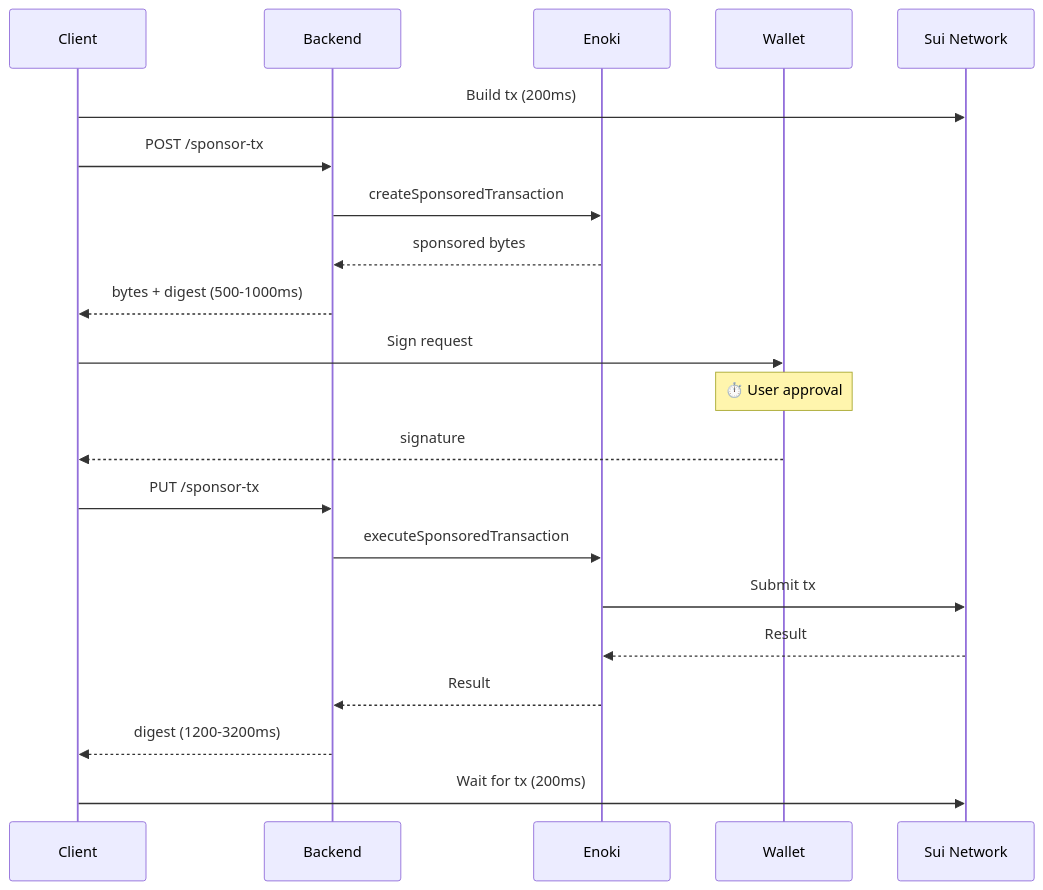
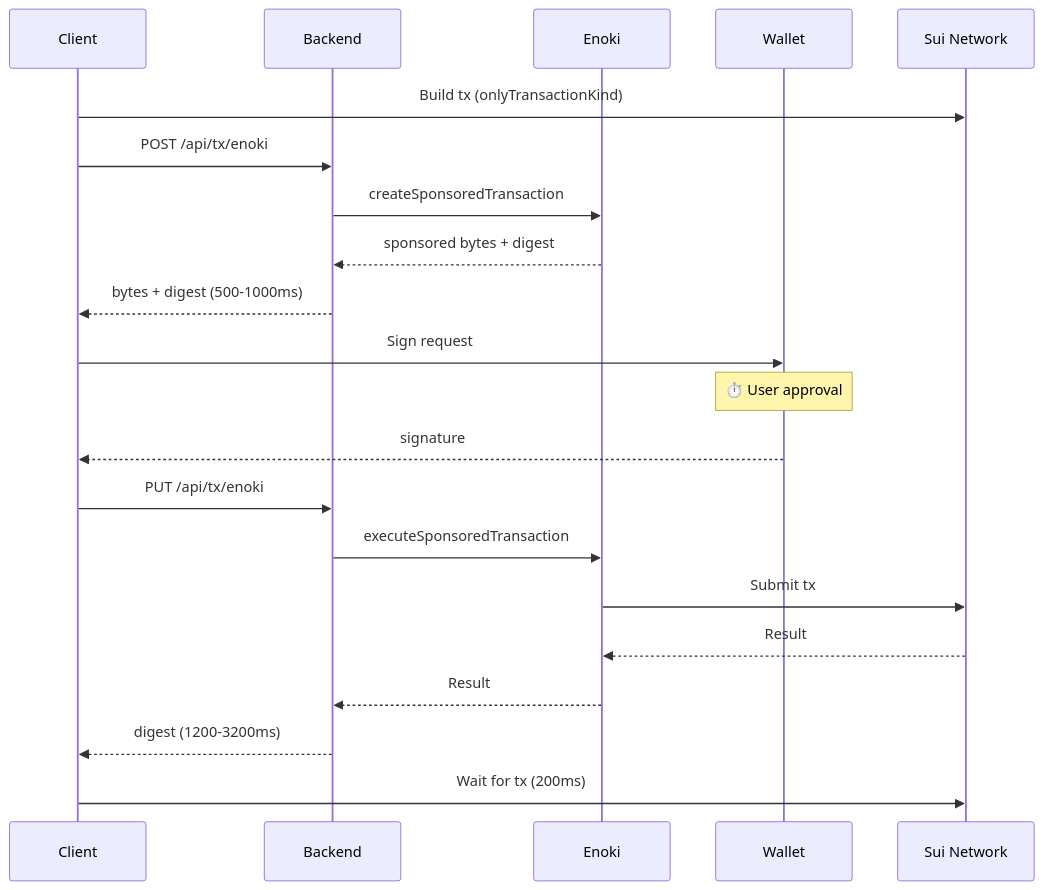
One commit to fuyutarow/counters changed the second of 3 diagrams in sui/docs/sponsored-transaction.md. Above: the diagram before and after it, drawn with Mermaid. The commit also changed other lines of this file and 2 other files, not shown here.

Commit message:
feat: enhance self-sponsored transaction handling and validation for pre-allocated coins

````diff
--- a/sui/docs/sponsored-transaction.md
+++ b/sui/docs/sponsored-transaction.md
@@ -80,27 +118,27 @@
 ```mermaid
 sequenceDiagram
     participant C as Client
     participant B as Backend
     participant E as Enoki
     participant W as Wallet
     participant S as Sui Network
 
-    C->>S: Build tx (200ms)
-    C->>B: POST /sponsor-tx
+    C->>S: Build tx (onlyTransactionKind)
+    C->>B: POST /api/tx/enoki
     B->>E: createSponsoredTransaction
-    E-->>B: sponsored bytes
+    E-->>B: sponsored bytes + digest
     B-->>C: bytes + digest (500-1000ms)
 
     C->>W: Sign request
     Note over W: ⏱️ User approval
     W-->>C: signature
 
-    C->>B: PUT /sponsor-tx
+    C->>B: PUT /api/tx/enoki
     B->>E: executeSponsoredTransaction
     E->>S: Submit tx
     S-->>E: Result
     E-->>B: Result
     B-->>C: digest (1200-3200ms)
 
     C->>S: Wait for tx (200ms)
 ```
````
